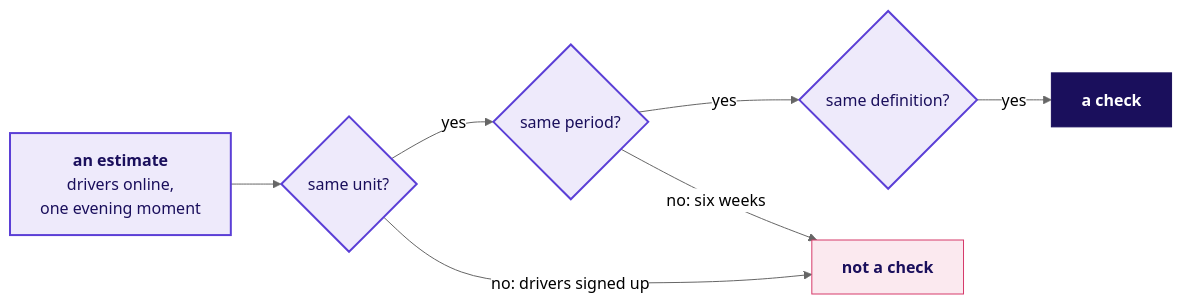
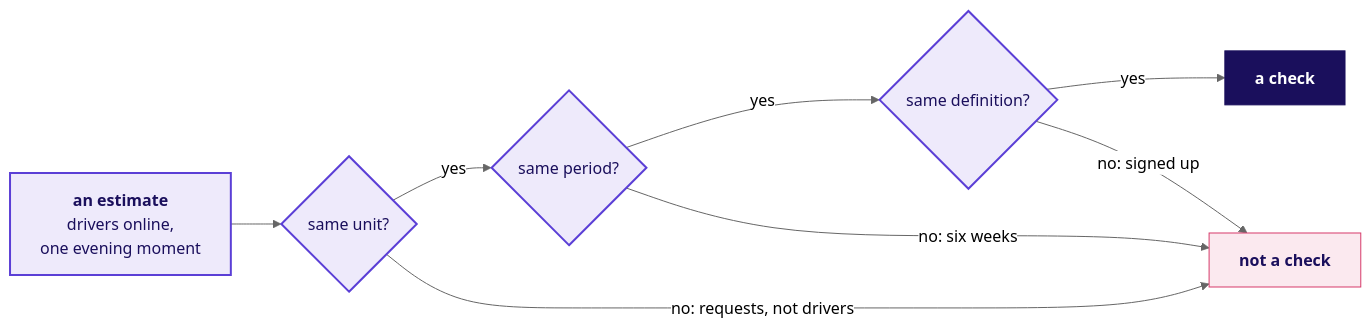
One commit to fde-academy-lab/c2-content-factory changed the first of 6 diagrams in content/W04/D2/slides/C2_W04_D02_half2_STUDENT.md. Above: the diagram before and after it, drawn with Mermaid (neutral theme). The commit also changed other lines of this file and 18 other files, not shown here.

````diff
--- a/content/W04/D2/slides/C2_W04_D02_half2_STUDENT.md
+++ b/content/W04/D2/slides/C2_W04_D02_half2_STUDENT.md
@@ -48,15 +48,16 @@
 ```mermaid
 flowchart LR
     X["<b>an estimate</b><br/>drivers online,<br/>one evening moment"] --> U{"same unit?"}
     U -->|"yes"| P{"same period?"}
     P -->|"yes"| D{"same definition?"}
     D -->|"yes"| OK["<b>a check</b>"]
-    U -->|"no: drivers signed up"| NO["<b>not a check</b>"]
+    U -->|"no: requests, not drivers"| NO["<b>not a check</b>"]
     P -->|"no: six weeks"| NO
+    D -->|"no: signed up"| NO
     classDef known fill:#EEEAFB,stroke:#5B3FD6,color:#1A0F5C,stroke-width:2px
     classDef lit fill:#1A0F5C,stroke:#1A0F5C,color:#FFFFFF
     classDef bad fill:#FBE9EF,stroke:#D63A6A,color:#1A0F5C
     class X,U,P,D known
     class OK lit
     class NO bad
 ```
````
